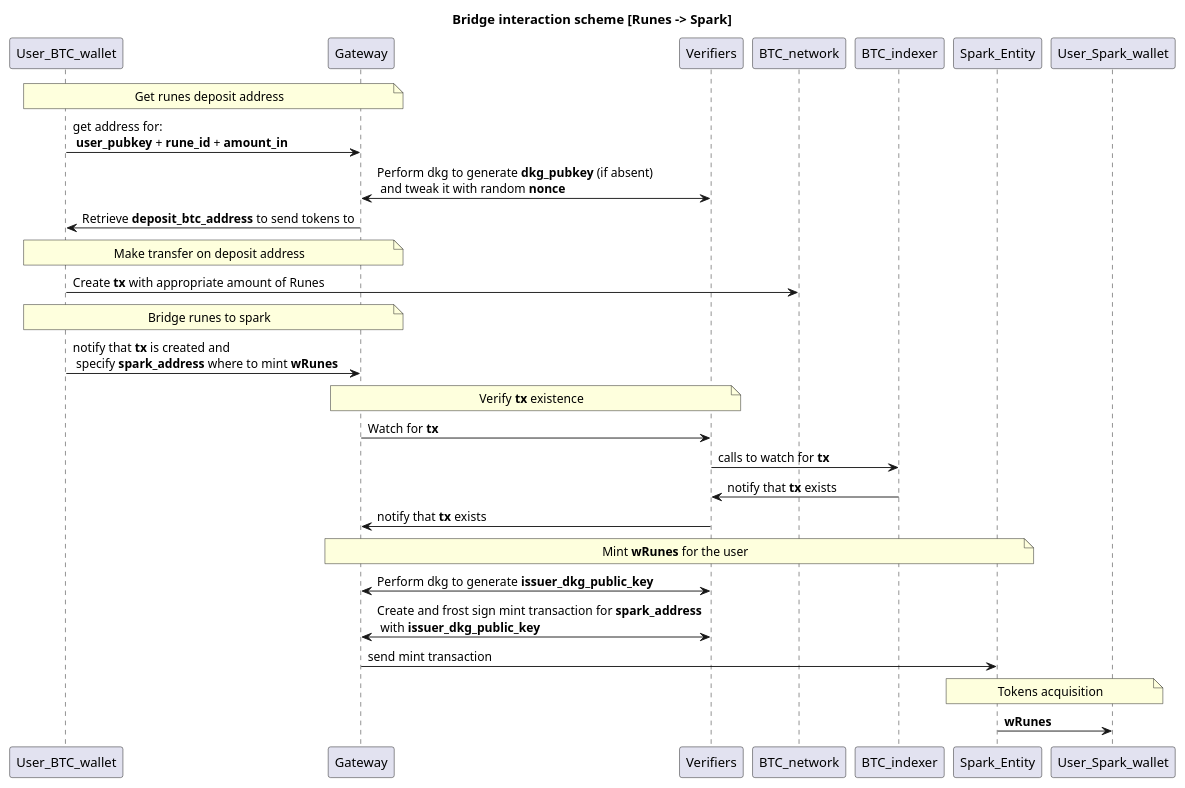
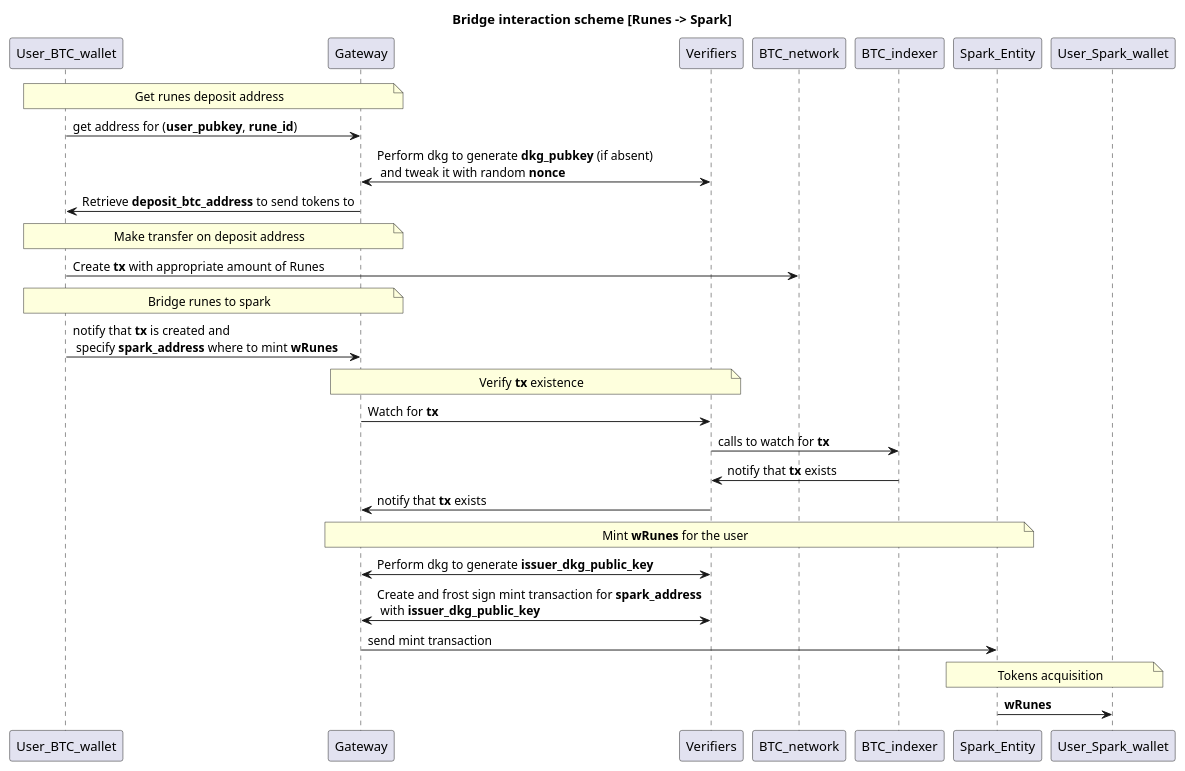
Before and after one commit to Sats-Terminal/spark-bridge-backend: the diagram in docs/runes_spark.puml, drawn with PlantUML.

```diff
--- a/docs/runes_spark.puml
+++ b/docs/runes_spark.puml
@@ -1,28 +1,28 @@
 @startuml
 title Bridge interaction scheme [Runes -> Spark]
 
 note over User_BTC_wallet,Gateway:Get runes deposit address
-User_BTC_wallet->Gateway: get address for: \n **user_pubkey** + **rune_id** + **amount_in** 
+User_BTC_wallet->Gateway: get address for (**user_pubkey**, **rune_id**)
 Gateway<->Verifiers:Perform dkg to generate **dkg_pubkey** (if absent) \n and tweak it with random **nonce**
 Gateway->User_BTC_wallet: Retrieve **deposit_btc_address** to send tokens to
 
 note over User_BTC_wallet,Gateway:Make transfer on deposit address
 User_BTC_wallet->BTC_network: Create **tx** with appropriate amount of Runes
 note over User_BTC_wallet,Gateway:Bridge runes to spark
 User_BTC_wallet->Gateway: notify that **tx** is created and \n specify **spark_address** where to mint **wRunes**
 
 note over Gateway,Verifiers:Verify **tx** existence
 
 Gateway->Verifiers:Watch for **tx** 
 Verifiers->BTC_indexer: calls to watch for **tx**
 Verifiers<-BTC_indexer: notify that **tx** exists
 Gateway<-Verifiers: notify that **tx** exists
 
 note over Gateway,Spark_Entity:Mint **wRunes** for the user
 Gateway<->Verifiers:Perform dkg to generate **issuer_dkg_public_key**
 Gateway<->Verifiers:Create and frost sign mint transaction for **spark_address** \n with **issuer_dkg_public_key**
 Gateway->Spark_Entity: send mint transaction
 
 note over User_Spark_wallet, Spark_Entity: Tokens acquisition
 User_Spark_wallet<-Spark_Entity: **wRunes**
 @enduml
```
